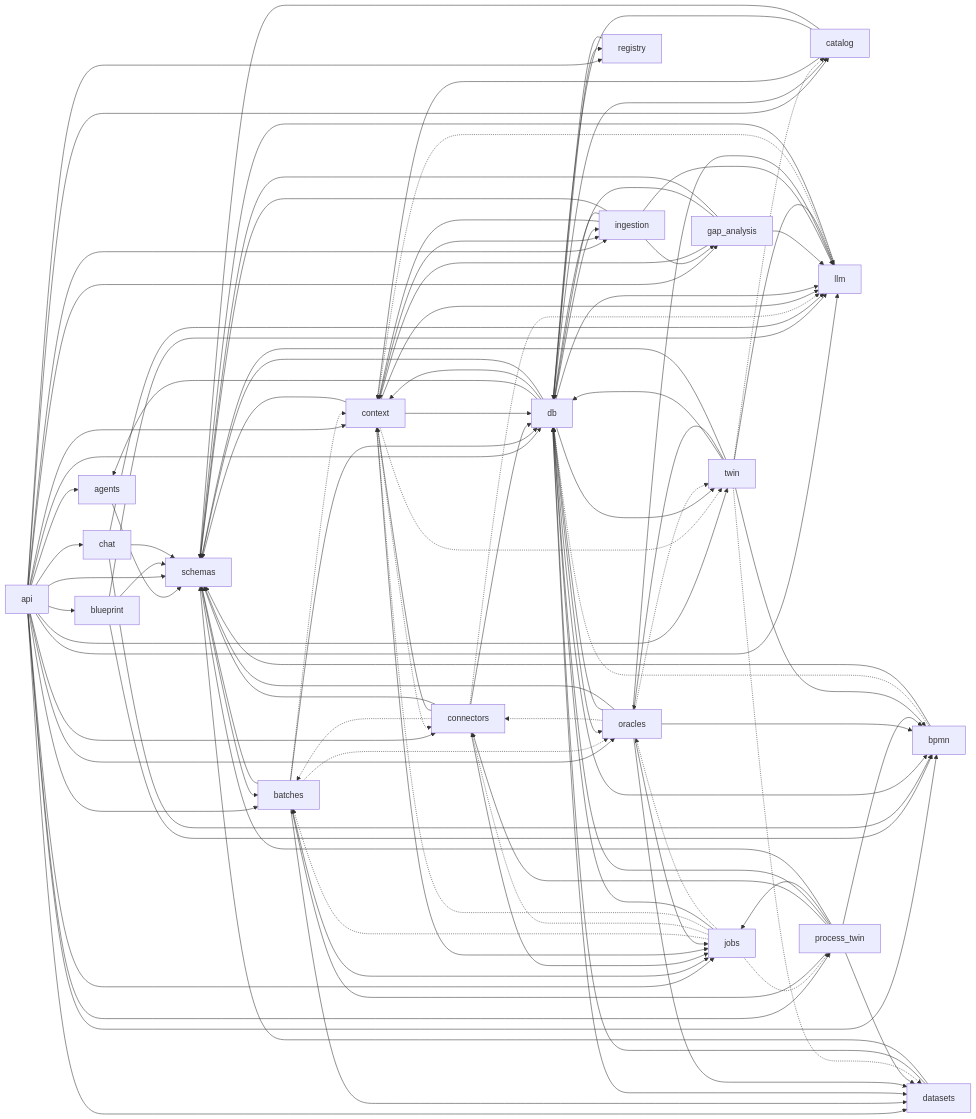
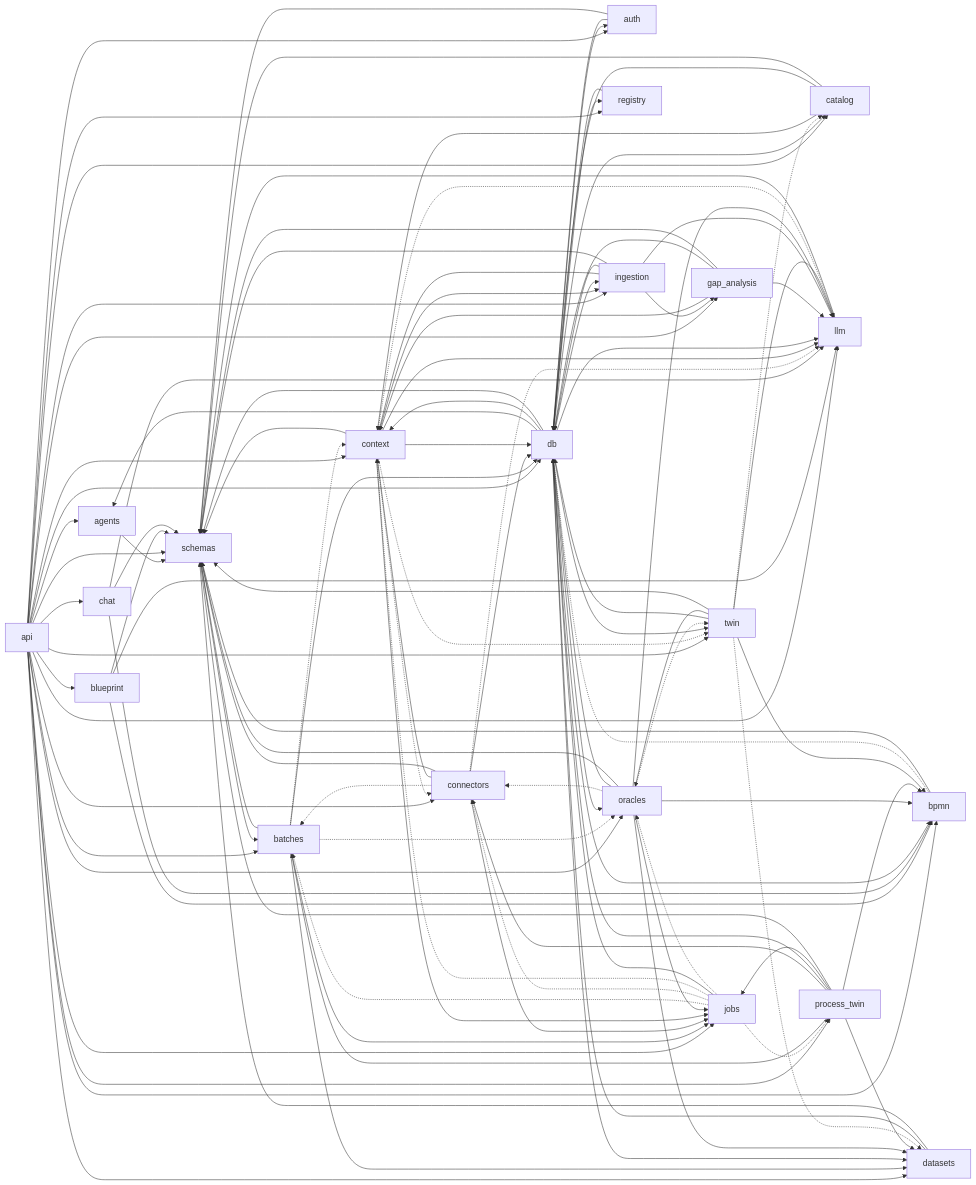
Before and after one commit to jayendukumar/agentify: the third of 8 diagrams in docs/wiki/Architecture.md, drawn with Mermaid. The commit also changed other lines of this file and 16 other files, not shown here.

```diff
--- a/docs/wiki/Architecture.md
+++ b/docs/wiki/Architecture.md
@@ -117,6 +118,7 @@
 flowchart LR
     agents --> schemas
     api --> agents
+    api --> auth
     api --> batches
     api --> blueprint
     api --> bpmn
@@ -135,6 +137,8 @@
     api --> registry
     api --> schemas
     api --> twin
+    auth --> db
+    auth --> schemas
     batches -.-> context
     batches --> datasets
     batches --> db
@@ -168,6 +172,7 @@
     datasets --> db
     datasets --> schemas
     db --> agents
+    db --> auth
     db --> bpmn
     db --> catalog
     db --> context
```
